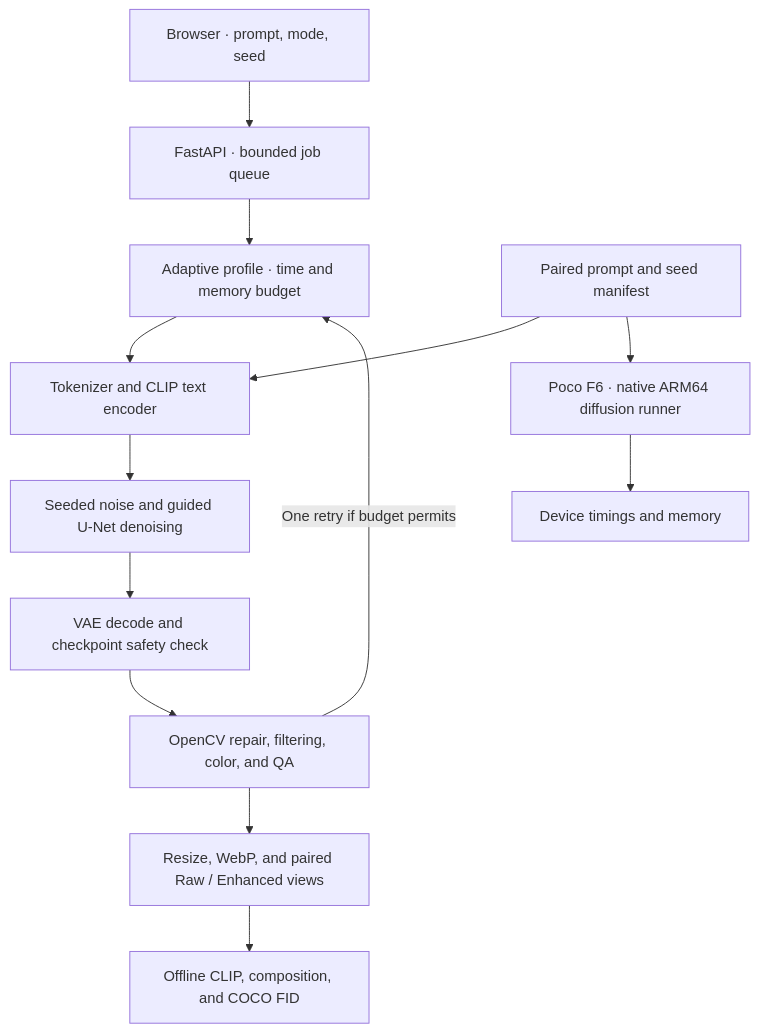
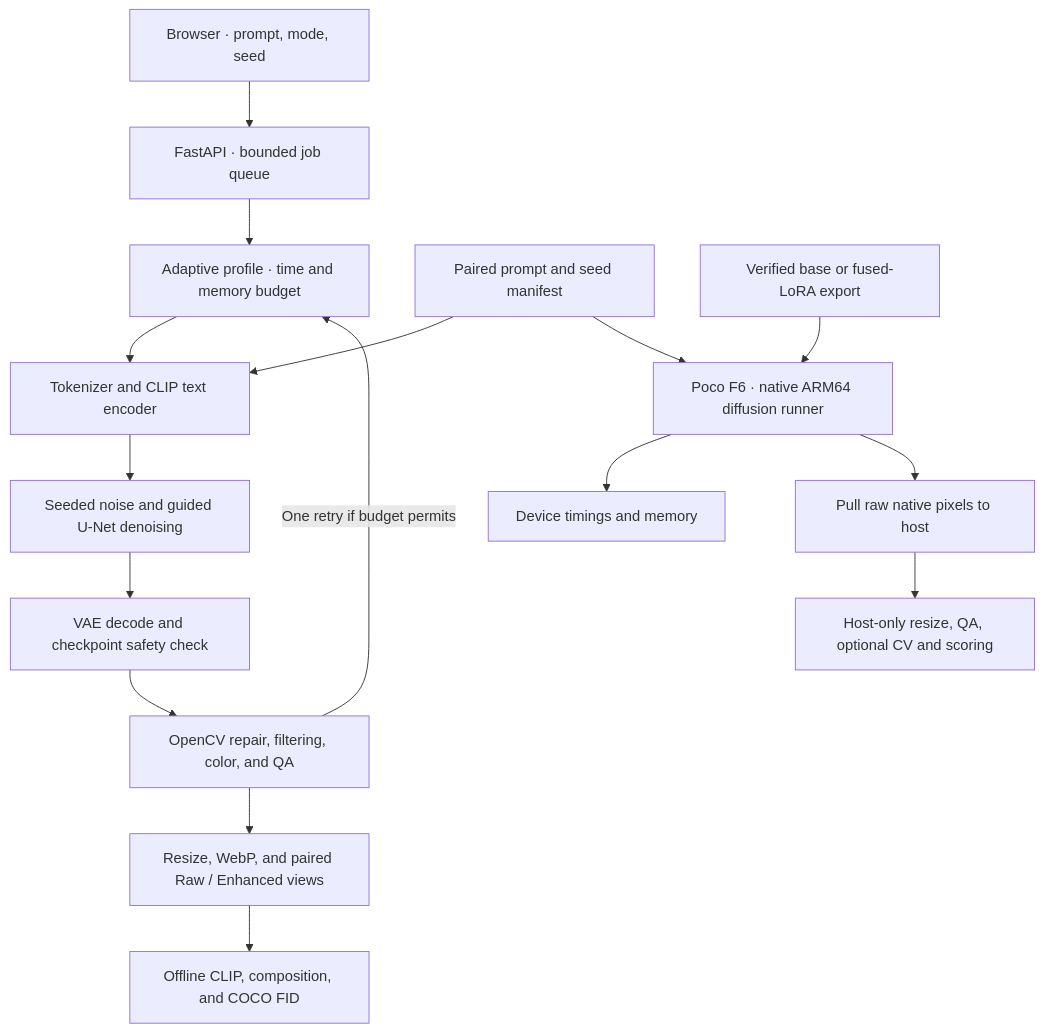
One commit to solaxien/O-n-Eyes changed the diagram in docs/DESIGN.md. Above: the diagram before and after it, drawn with Mermaid. The commit also changed other lines of this file and 41 other files, not shown here.

````diff
--- a/docs/DESIGN.md
+++ b/docs/DESIGN.md
@@ -5,15 +5,18 @@
 ```mermaid
 flowchart TD
     A["Browser · prompt, mode, seed"] --> B["FastAPI · bounded job queue"]
     B --> C["Adaptive profile · time and memory budget"]
     C --> D["Tokenizer and CLIP text encoder"]
     D --> E["Seeded noise and guided U-Net denoising"]
     E --> F["VAE decode and checkpoint safety check"]
     F --> G["OpenCV repair, filtering, color, and QA"]
     G --> H["Resize, WebP, and paired Raw / Enhanced views"]
     G -->|One retry if budget permits| C
     I["Paired prompt and seed manifest"] --> D
     I --> J["Poco F6 · native ARM64 diffusion runner"]
     J --> K["Device timings and memory"]
+    J --> M["Pull raw native pixels to host"]
+    M --> N["Host-only resize, QA, optional CV and scoring"]
+    O["Verified base or fused-LoRA export"] --> J
     H --> L["Offline CLIP, composition, and COCO FID"]
 ```
````
